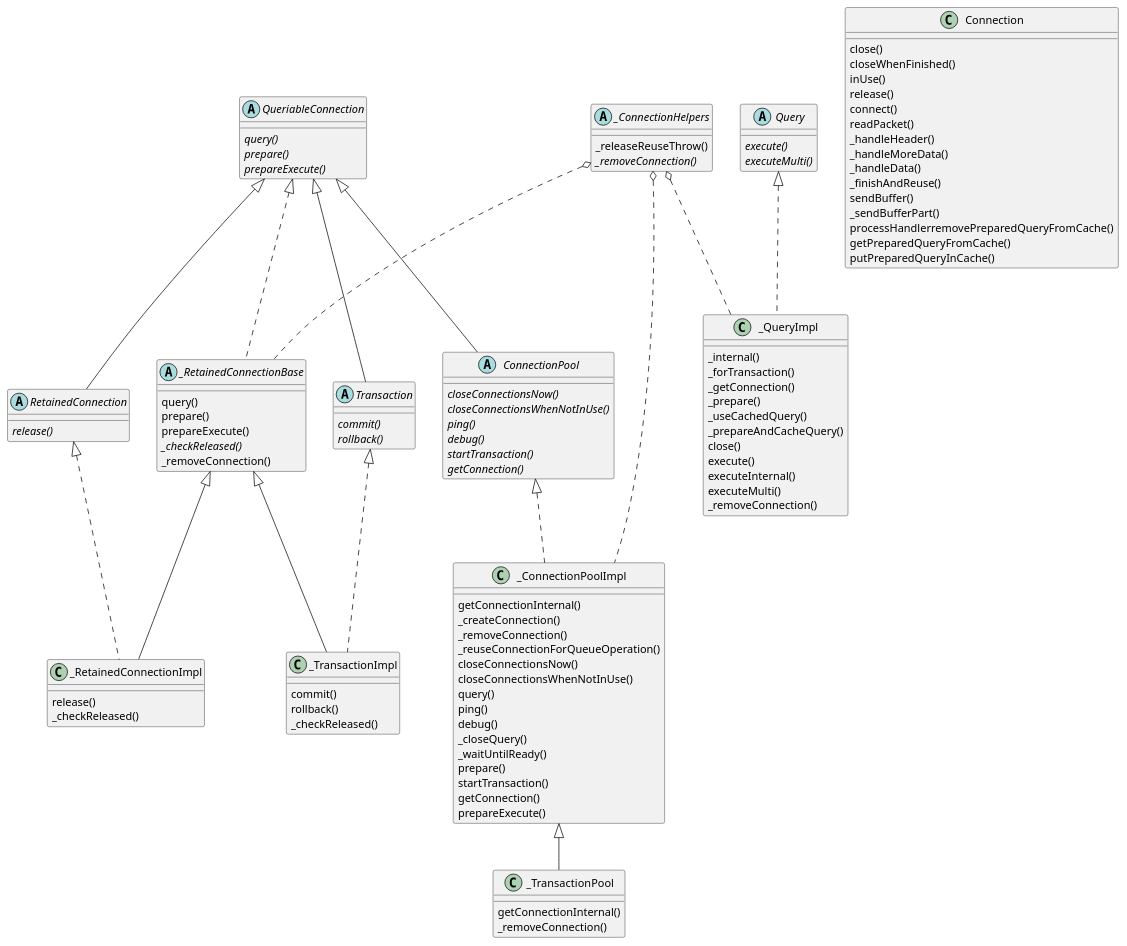
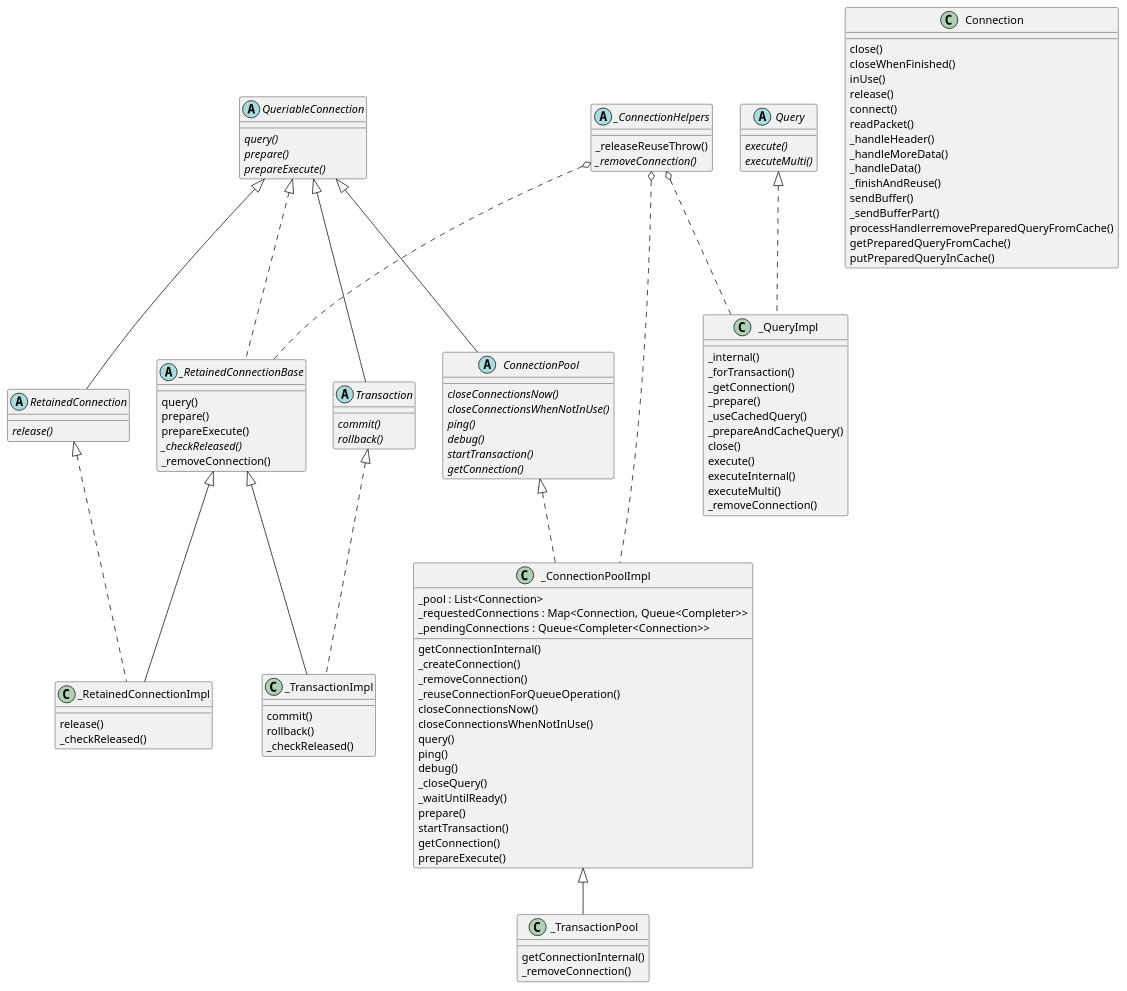
The diagram in classes.puml (dart-drivers/mysql), drawn with PlantUML before and after one commit.

Commit message:
Add more info to UML diagram

```diff
--- a/classes.puml
+++ b/classes.puml
@@ -1,119 +1,123 @@
 @startuml
 /'
 <|-- extends
 <|.. implements
 o-- mixin
 '/
 
 abstract class _ConnectionHelpers {
   _releaseReuseThrow()
   {abstract} _removeConnection()
 }
 abstract class QueriableConnection {
   {abstract} query()
   {abstract} prepare()
   {abstract} prepareExecute()
 }
 abstract class RetainedConnection {
   {abstract} release()
 }
 abstract class _RetainedConnectionBase {
   query()
   prepare()
   prepareExecute()
   {abstract} _checkReleased()
   _removeConnection()
 }
 abstract class Transaction {
   {abstract} commit()
   {abstract} rollback()
 }
 abstract class ConnectionPool {
   {abstract} closeConnectionsNow()
   {abstract} closeConnectionsWhenNotInUse()
   {abstract} ping()
   {abstract} debug()
   {abstract} startTransaction()
   {abstract} getConnection()
 }
 abstract class Query {
   {abstract} execute()
   {abstract} executeMulti()
 }
 class Connection {
   close()
   closeWhenFinished()
   inUse()
   release()
   connect()
   readPacket()
   _handleHeader()
   _handleMoreData()
   _handleData()
   _finishAndReuse()
   sendBuffer()
   _sendBufferPart()
   processHandlerremovePreparedQueryFromCache()
   getPreparedQueryFromCache()
   putPreparedQueryInCache()
 }
 class _RetainedConnectionImpl {
   release()
   _checkReleased()
 }
 class _TransactionImpl {
   commit()
   rollback()
   _checkReleased()
 }
 class _TransactionPool {
   getConnectionInternal()
   _removeConnection()
 }
 class _ConnectionPoolImpl {
+  _pool : List<Connection>
+  _requestedConnections : Map<Connection, Queue<Completer>>
+  _pendingConnections : Queue<Completer<Connection>>
+
   getConnectionInternal()
   _createConnection()
   _removeConnection()
   _reuseConnectionForQueueOperation()
   closeConnectionsNow()
   closeConnectionsWhenNotInUse()
   query()
   ping()
   debug()
   _closeQuery()
   _waitUntilReady()
   prepare()
   startTransaction()
   getConnection()
   prepareExecute()
 }
 class _QueryImpl {
   _internal()
   _forTransaction()
   _getConnection()
   _prepare()
   _useCachedQuery()
   _prepareAndCacheQuery()
   close()
   execute()
   executeInternal()
   executeMulti()
   _removeConnection()
 }
 
 _ConnectionHelpers o.. _RetainedConnectionBase
 _ConnectionHelpers o.. _QueryImpl
 _ConnectionHelpers o.. _ConnectionPoolImpl
 Query <|.. _QueryImpl
 ConnectionPool <|.. _ConnectionPoolImpl
 QueriableConnection <|-- Transaction
 QueriableConnection <|-- ConnectionPool
 QueriableConnection <|-- RetainedConnection
 QueriableConnection <|.. _RetainedConnectionBase
 RetainedConnection <|.. _RetainedConnectionImpl
 _RetainedConnectionBase <|-- _RetainedConnectionImpl
 Transaction <|.. _TransactionImpl
 _RetainedConnectionBase <|-- _TransactionImpl
 _ConnectionPoolImpl <|-- _TransactionPool
 
 @enduml
```
